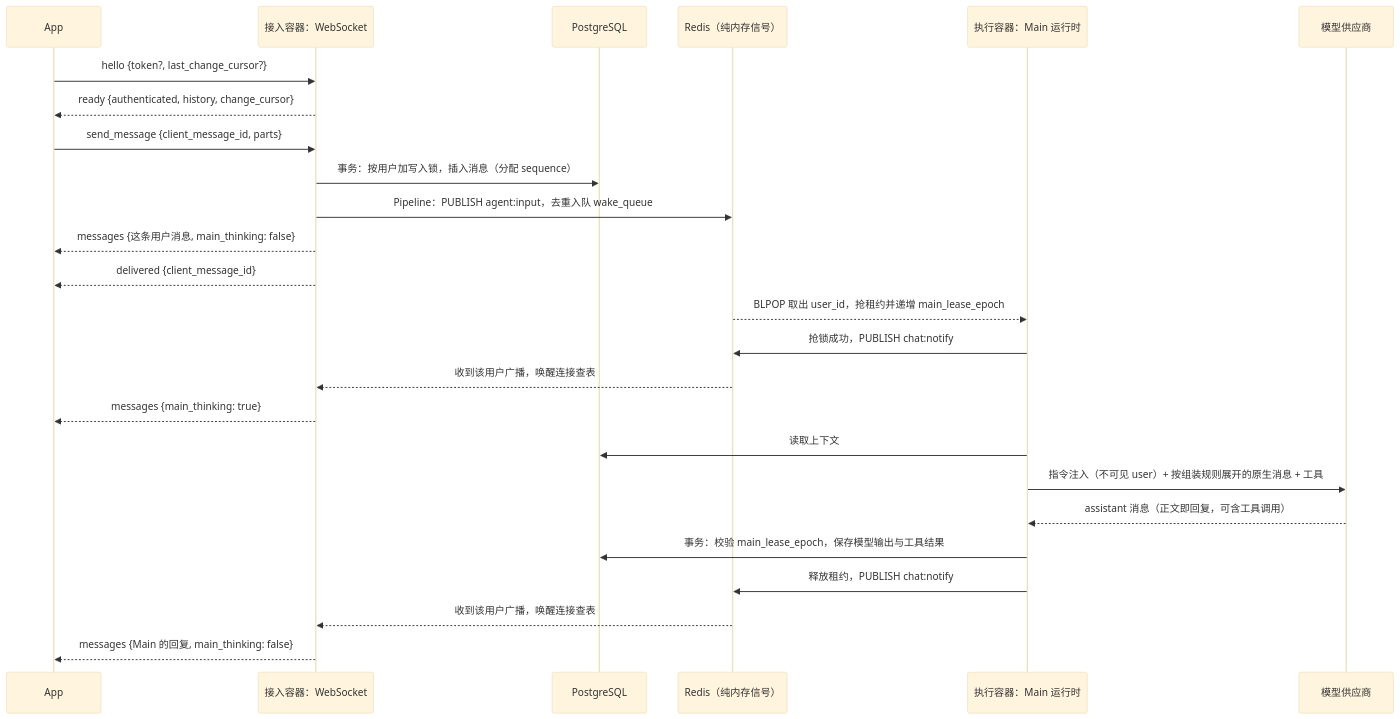
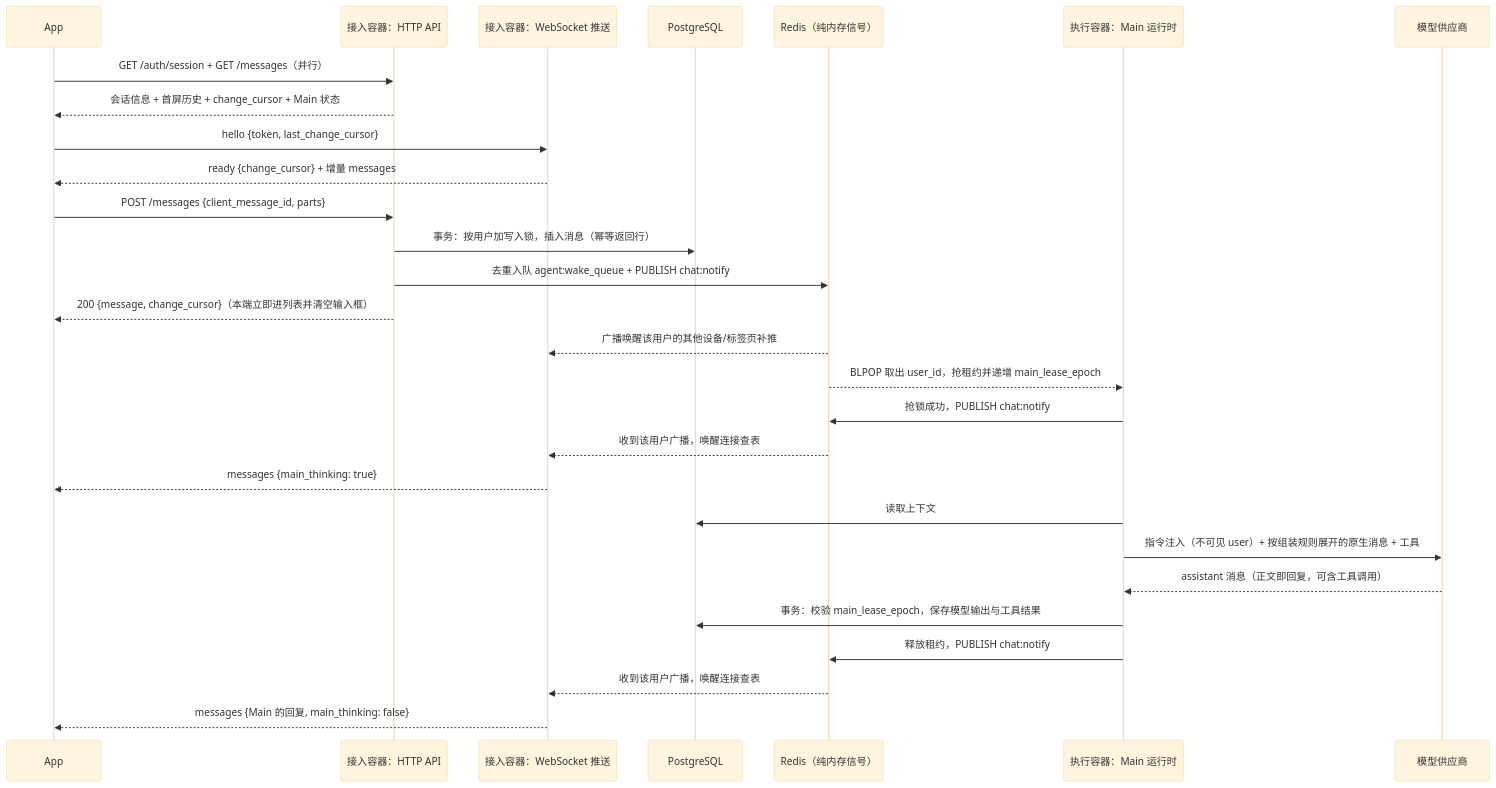
Before and after one commit to OmniNetOpensource/aether-personal: the diagram in docs/wiki/04-messaging.md, drawn with Mermaid (base theme). The commit also changed other lines of this file and 26 other files, not shown here.

Commit message:
refactor: move chat auth and CRUD to HTTP and keep WebSocket push-only

````diff
--- a/docs/wiki/04-messaging.md
+++ b/docs/wiki/04-messaging.md
@@ -32,28 +32,31 @@
 ```mermaid
 sequenceDiagram
     participant App
-    participant WS as 接入容器：WebSocket
+    participant API as 接入容器：HTTP API
+    participant WS as 接入容器：WebSocket 推送
     participant DB as PostgreSQL
     participant Redis as Redis（纯内存信号）
     participant Runner as 执行容器：Main 运行时
     participant Model as 模型供应商
 
-    App->>WS: hello {token?, last_change_cursor?}
-    WS-->>App: ready {authenticated, history, change_cursor}
-    App->>WS: send_message {client_message_id, parts}
-    WS->>DB: 事务：按用户加写入锁，插入消息（分配 sequence）
-    WS->>Redis: Pipeline：PUBLISH agent:input，去重入队 wake_queue
-    WS-->>App: messages {这条用户消息, main_thinking: false}
-    WS-->>App: delivered {client_message_id}
+    App->>API: GET /auth/session + GET /messages（并行）
+    API-->>App: 会话信息 + 首屏历史 + change_cursor + Main 状态
+    App->>WS: hello {token, last_change_cursor}
+    WS-->>App: ready {change_cursor} + 增量 messages
+    App->>API: POST /messages {client_message_id, parts}
+    API->>DB: 事务：按用户加写入锁，插入消息（幂等返回行）
+    API->>Redis: 去重入队 agent:wake_queue + PUBLISH chat:notify
+    API-->>App: 200 {message, change_cursor}（本端立即进列表并清空输入框）
+    Redis-->>WS: 广播唤醒该用户的其他设备/标签页补推
     Redis-->>Runner: BLPOP 取出 user_id，抢租约并递增 main_lease_epoch
     Runner->>Redis: 抢锁成功，PUBLISH chat:notify
     Redis-->>WS: 收到该用户广播，唤醒连接查表
     WS-->>App: messages {main_thinking: true}
     Runner->>DB: 读取上下文
     Runner->>Model: 指令注入（不可见 user）+ 按组装规则展开的原生消息 + 工具
     Model-->>Runner: assistant 消息（正文即回复，可含工具调用）
     Runner->>DB: 事务：校验 main_lease_epoch，保存模型输出与工具结果
     Runner->>Redis: 释放租约，PUBLISH chat:notify
     Redis-->>WS: 收到该用户广播，唤醒连接查表
     WS-->>App: messages {Main 的回复, main_thinking: false}
 ```
````
